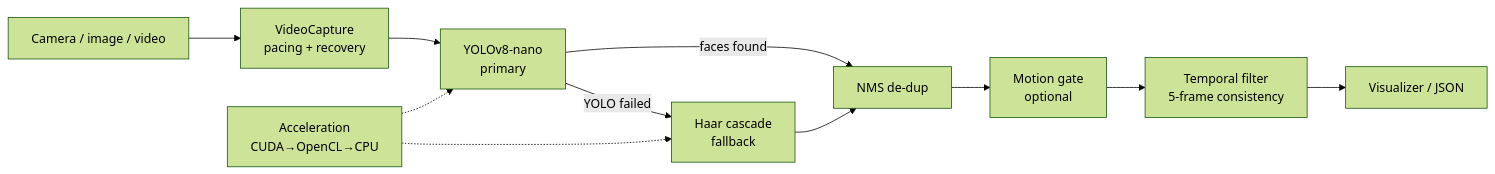
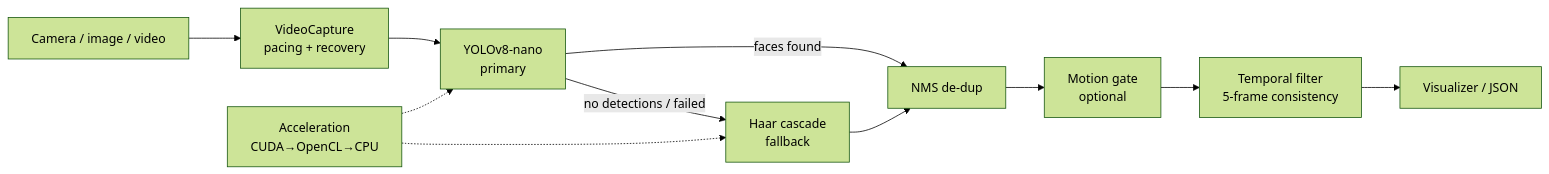
The diagram in README.md (Romil2112/Face-Tracking-System), drawn with Mermaid (forest theme) before and after one commit. The commit also changed other lines of this file, not shown here.

Commit message:
Fix README: Haar fallback mermaid label, --out CLI flag
Mermaid edge label updated from "YOLO failed" to "no detections / failed"
to match the actual fallback trigger (empty YOLO result, not only failure).
Option D CLI example corrected from --output to --out (actual argparse flag).

````diff
--- a/README.md
+++ b/README.md
@@ -182,13 +182,13 @@
 ```mermaid
 flowchart LR
     CAM[Camera / image / video] --> ACQ[VideoCapture<br/>pacing + recovery]
     ACQ --> YOLO[YOLOv8-nano<br/>primary]
     YOLO -->|faces found| NMS[NMS de-dup]
-    YOLO -->|YOLO failed| HAAR[Haar cascade<br/>fallback]
+    YOLO -->|no detections / failed| HAAR[Haar cascade<br/>fallback]
     HAAR --> NMS
     NMS --> MOT[Motion gate<br/>optional]
     MOT --> TMP[Temporal filter<br/>5-frame consistency]
     TMP --> VIS[Visualizer / JSON]
     ACCEL[Acceleration<br/>CUDA→OpenCL→CPU] -.-> YOLO
     ACCEL -.-> HAAR
 ```
````
